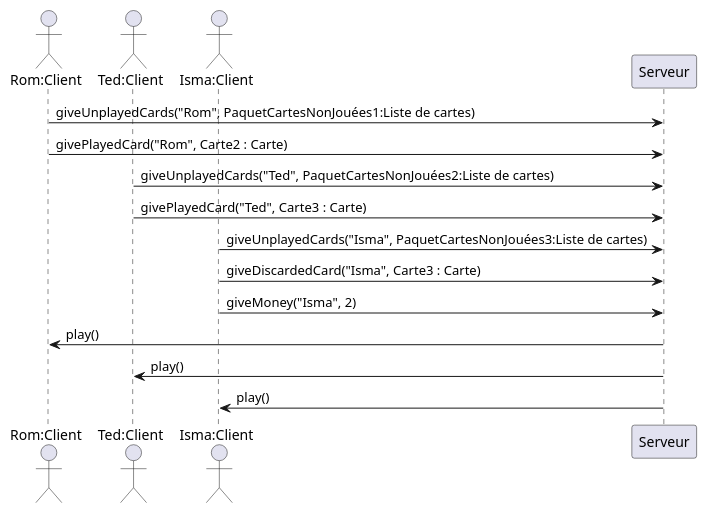
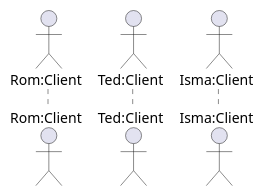
One commit to sybarry/Trivial_Pursuit_CL changed the eighth of 8 diagrams in trivial-doc/modules/developement/pages/composants.adoc. Above: the diagram before and after it, drawn with PlantUML. The commit also changed other lines of this file and 1 other file, not shown here.

```diff
--- a/trivial-doc/modules/developement/pages/composants.adoc
+++ b/trivial-doc/modules/developement/pages/composants.adoc
@@ -208,24 +222,11 @@
 [plantuml]
 ....
 @startuml
 
 actor "Rom:Client" as C1
 actor "Ted:Client" as C2
 actor "Isma:Client" as C3
 
-C1 -> Serveur : giveUnplayedCards("Rom", PaquetCartesNonJouées1:Liste de cartes)
-C1 -> Serveur : givePlayedCard("Rom", Carte2 : Carte)
-
-C2 -> Serveur : giveUnplayedCards("Ted", PaquetCartesNonJouées2:Liste de cartes)
-C2 -> Serveur : givePlayedCard("Ted", Carte3 : Carte)
-
-C3 -> Serveur : giveUnplayedCards("Isma", PaquetCartesNonJouées3:Liste de cartes)
-C3 -> Serveur : giveDiscardedCard("Isma", Carte3 : Carte)
-C3 -> Serveur : giveMoney("Isma", 2)
-
-Serveur -> C1 : play()
-Serveur -> C2 : play()
-Serveur -> C3 : play()
 
 @enduml
 ....
```
